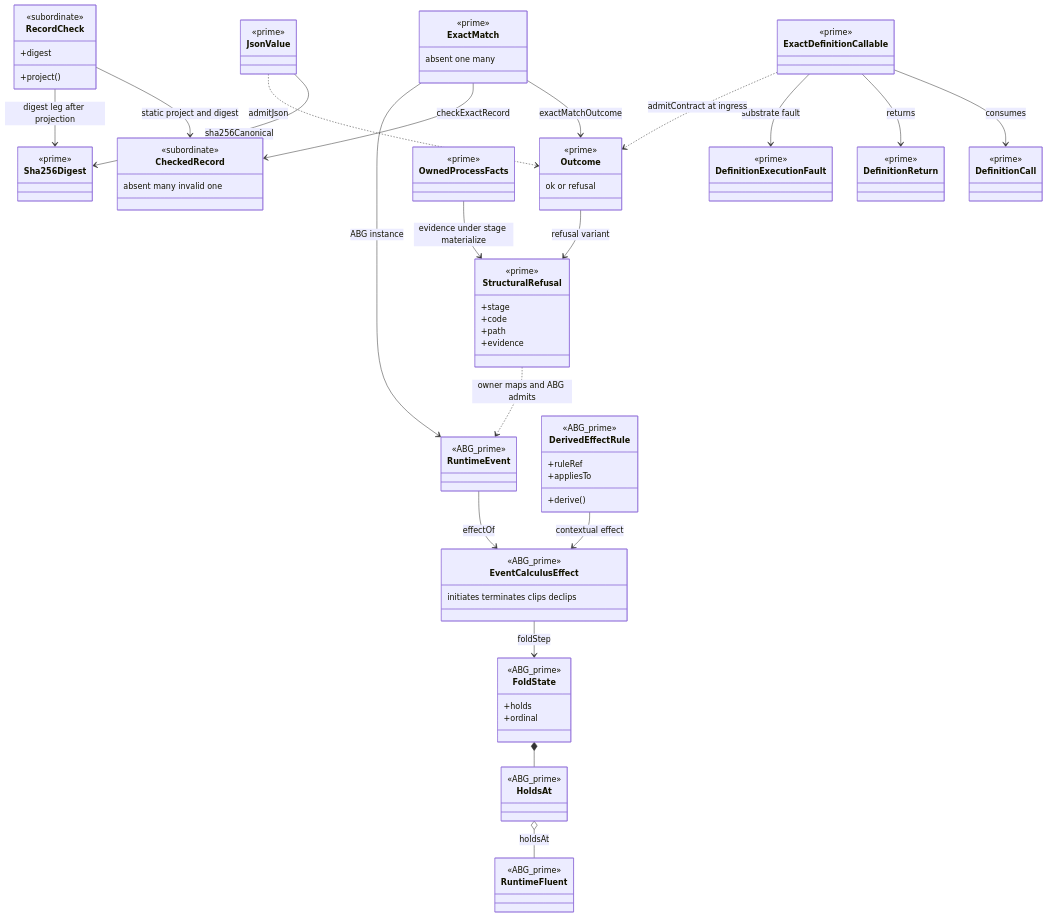
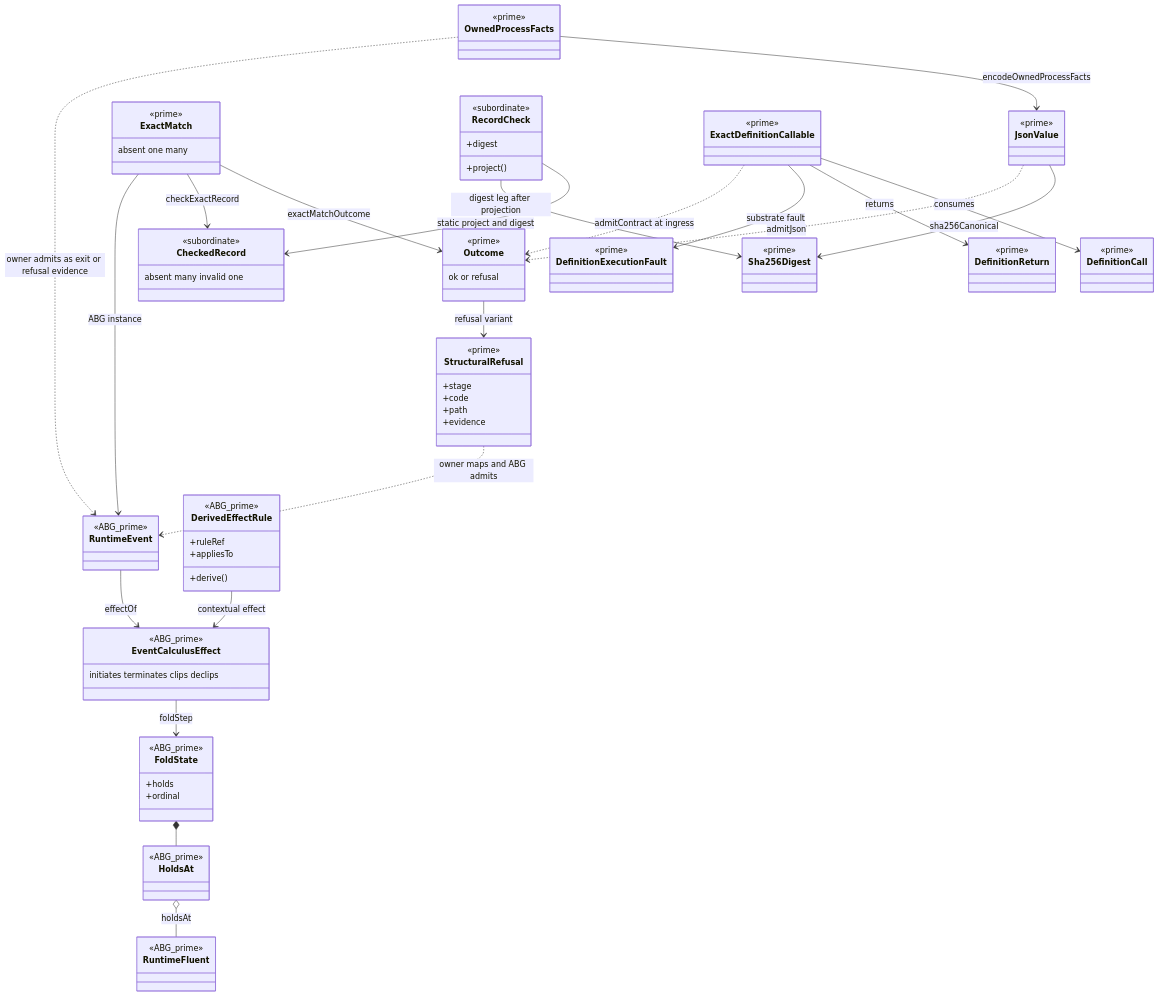
Before and after one commit to foolishimp/abiogenesis: the first of 6 diagrams in build_tenants/abiogenesis/typescript/design/ABI5_COMMON_COMPUTATIONAL_CAPABILITY_LIBRARY_DESIGN.md, drawn with Mermaid. The commit also changed other lines of this file and 3 other files, not shown here.

````diff
--- a/build_tenants/abiogenesis/typescript/design/ABI5_COMMON_COMPUTATIONAL_CAPABILITY_LIBRARY_DESIGN.md
+++ b/build_tenants/abiogenesis/typescript/design/ABI5_COMMON_COMPUTATIONAL_CAPABILITY_LIBRARY_DESIGN.md
@@ -262,73 +270,74 @@
 ```mermaid
 classDiagram
   class JsonValue
   <<prime>> JsonValue
   class Sha256Digest
   <<prime>> Sha256Digest
   class StructuralRefusal
   <<prime>> StructuralRefusal
   StructuralRefusal : +stage
   StructuralRefusal : +code
   StructuralRefusal : +path
   StructuralRefusal : +evidence
   class Outcome
   <<prime>> Outcome
   Outcome : ok or refusal
   class ExactMatch
   <<prime>> ExactMatch
   ExactMatch : absent one many
   class RecordCheck
   <<subordinate>> RecordCheck
   RecordCheck : +project()
   RecordCheck : +digest
   class CheckedRecord
   <<subordinate>> CheckedRecord
   CheckedRecord : absent many invalid one
   class RuntimeEvent
   <<ABG_prime>> RuntimeEvent
   class EventCalculusEffect
   <<ABG_prime>> EventCalculusEffect
   EventCalculusEffect : initiates terminates clips declips
   class DerivedEffectRule
   <<ABG_prime>> DerivedEffectRule
   DerivedEffectRule : +ruleRef
   DerivedEffectRule : +appliesTo
   DerivedEffectRule : +derive()
   class FoldState
   <<ABG_prime>> FoldState
   FoldState : +holds
   FoldState : +ordinal
   class HoldsAt
   <<ABG_prime>> HoldsAt
   class RuntimeFluent
   <<ABG_prime>> RuntimeFluent
   class OwnedProcessFacts
   <<prime>> OwnedProcessFacts
   class ExactDefinitionCallable
   <<prime>> ExactDefinitionCallable
   class DefinitionCall
   <<prime>> DefinitionCall
   class DefinitionReturn
   <<prime>> DefinitionReturn
   class DefinitionExecutionFault
   <<prime>> DefinitionExecutionFault
   JsonValue --> Sha256Digest : sha256Canonical
   JsonValue ..> Outcome : admitJson
   Outcome --> StructuralRefusal : refusal variant
   ExactMatch --> Outcome : exactMatchOutcome
   ExactMatch --> CheckedRecord : checkExactRecord
   RecordCheck --> CheckedRecord : static project and digest
   RecordCheck --> Sha256Digest : digest leg after projection
   ExactMatch --> RuntimeEvent : ABG instance
   RuntimeEvent --> EventCalculusEffect : effectOf
   DerivedEffectRule --> EventCalculusEffect : contextual effect
   EventCalculusEffect --> FoldState : foldStep
   FoldState *-- HoldsAt
   HoldsAt o-- RuntimeFluent : holdsAt
-  OwnedProcessFacts --> StructuralRefusal : evidence under stage materialize
+  OwnedProcessFacts --> JsonValue : encodeOwnedProcessFacts
+  OwnedProcessFacts ..> RuntimeEvent : owner admits as exit or refusal evidence
   StructuralRefusal ..> RuntimeEvent : owner maps and ABG admits
   ExactDefinitionCallable --> DefinitionCall : consumes
   ExactDefinitionCallable --> DefinitionReturn : returns
   ExactDefinitionCallable --> DefinitionExecutionFault : substrate fault
   ExactDefinitionCallable ..> Outcome : admitContract at ingress
 ```
````
